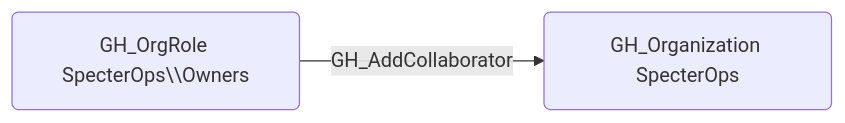
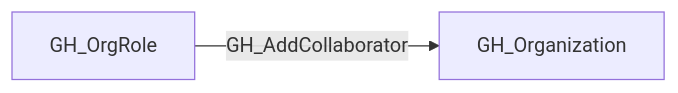
One commit to SpecterOps/bloodhound-docs changed the first of 2 diagrams in docs/opengraph/extensions/github/edges/gh_addcollaborator.mdx. Above: the diagram before and after it, drawn with Mermaid. The commit also changed other lines of this file and 292 other files, not shown here.

````diff
--- a/docs/opengraph/extensions/github/edges/gh_addcollaborator.mdx
+++ b/docs/opengraph/extensions/github/edges/gh_addcollaborator.mdx
@@ -19,6 +16,6 @@
 ```mermaid
-graph LR
-    node1("GH_OrgRole SpecterOps\\Owners")
-    node2("GH_Organization SpecterOps")
-    node1 -- GH_AddCollaborator --> node2
+flowchart LR
+    GH_Organization["GH_Organization"]
+    GH_OrgRole["GH_OrgRole"]
+    GH_OrgRole -- GH_AddCollaborator --> GH_Organization
 ```
````
